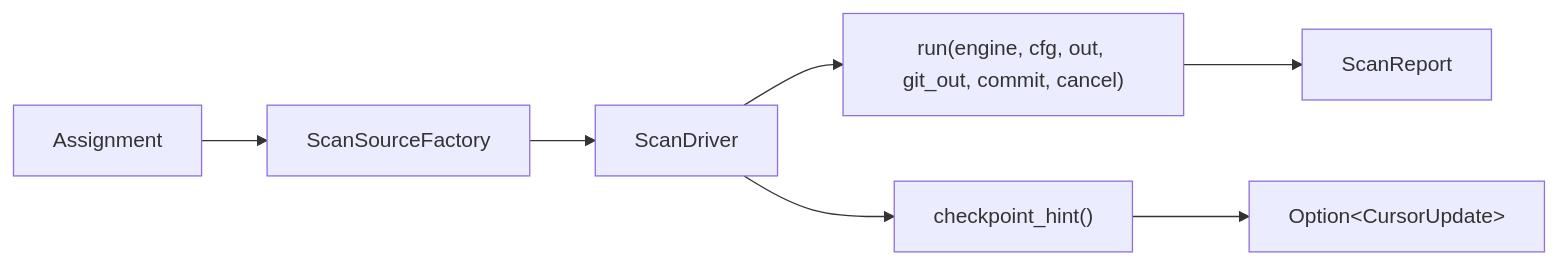
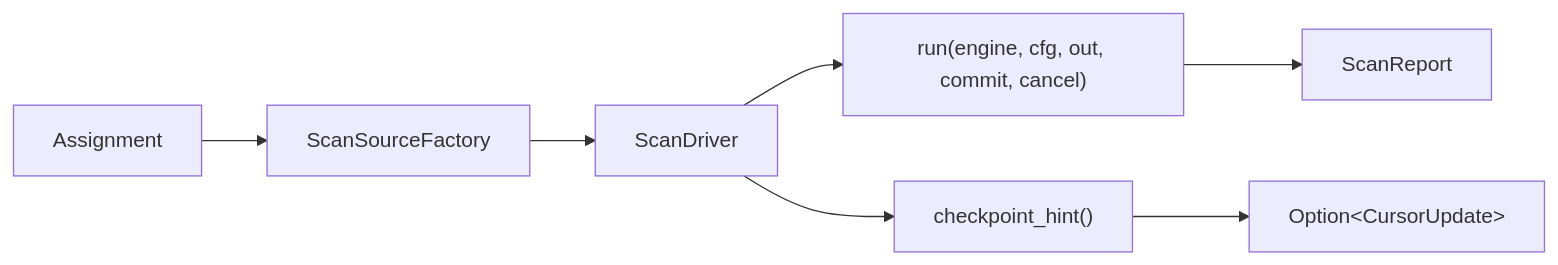
The first of 2 diagrams in 11-scan-driver-and-pipeline/01-the-execution-seam.md (ahrav/gossip-rs-learning-guide), drawn with Mermaid before and after one commit. The commit also changed other lines of this file and 25 other files, not shown here.

````diff
--- a/11-scan-driver-and-pipeline/01-the-execution-seam.md
+++ b/11-scan-driver-and-pipeline/01-the-execution-seam.md
@@ -81,9 +81,9 @@
 ```mermaid
 flowchart LR
     A[Assignment] --> B[ScanSourceFactory]
     B --> C[ScanDriver]
-    C --> D["run(engine, cfg, out, git_out, commit, cancel)"]
+    C --> D["run(engine, cfg, out, commit, cancel)"]
     D --> E[ScanReport]
     C --> F["checkpoint_hint()"]
     F --> G["Option&lt;CursorUpdate&gt;"]
 ```
````
